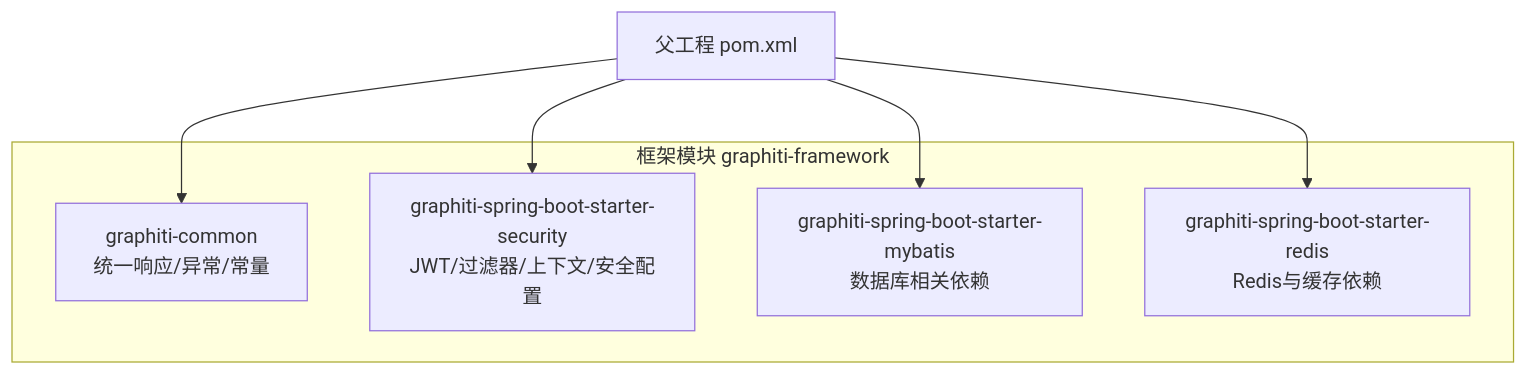
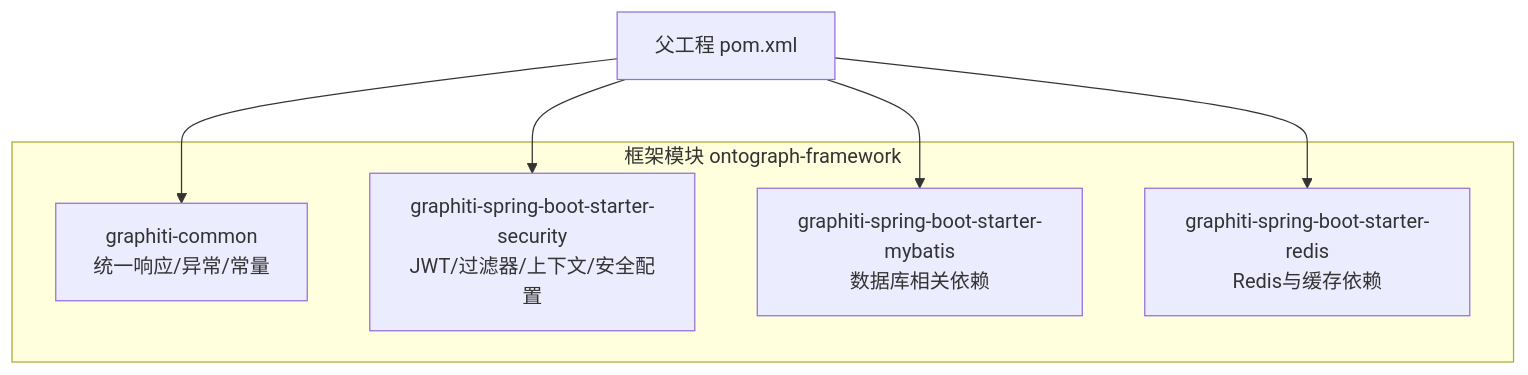
Before and after one commit to joezxh/graphiti-java: the first of 5 diagrams in docs/manual/核心模块/框架模块 (graphiti-framework)/框架模块 (graphiti-framework).md, drawn with Mermaid. The commit also changed other lines of this file and 200 other files, not shown here.

````diff
--- a/docs/manual/核心模块/框架模块 (graphiti-framework)/框架模块 (graphiti-framework).md
+++ b/docs/manual/核心模块/框架模块 (graphiti-framework)/框架模块 (graphiti-framework).md
@@ -47,13 +47,13 @@
 ```mermaid
 graph TB
-subgraph "框架模块 graphiti-framework"
+subgraph "框架模块 ontograph-framework"
 A["graphiti-common<br/>统一响应/异常/常量"]
 B["graphiti-spring-boot-starter-security<br/>JWT/过滤器/上下文/安全配置"]
 C["graphiti-spring-boot-starter-mybatis<br/>数据库相关依赖"]
 D["graphiti-spring-boot-starter-redis<br/>Redis与缓存依赖"]
 end
 P["父工程 pom.xml"] --> A
 P --> B
 P --> C
 P --> D
 ```
````
